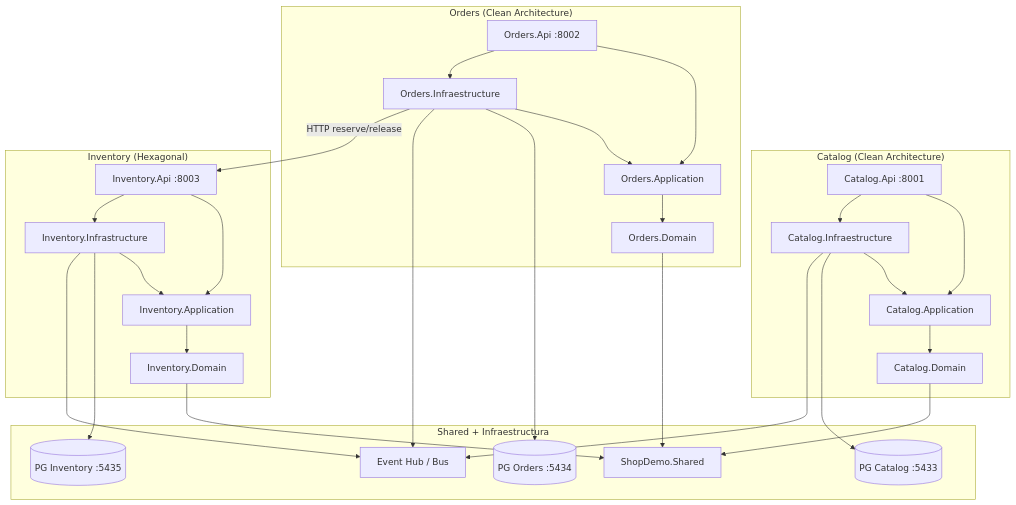
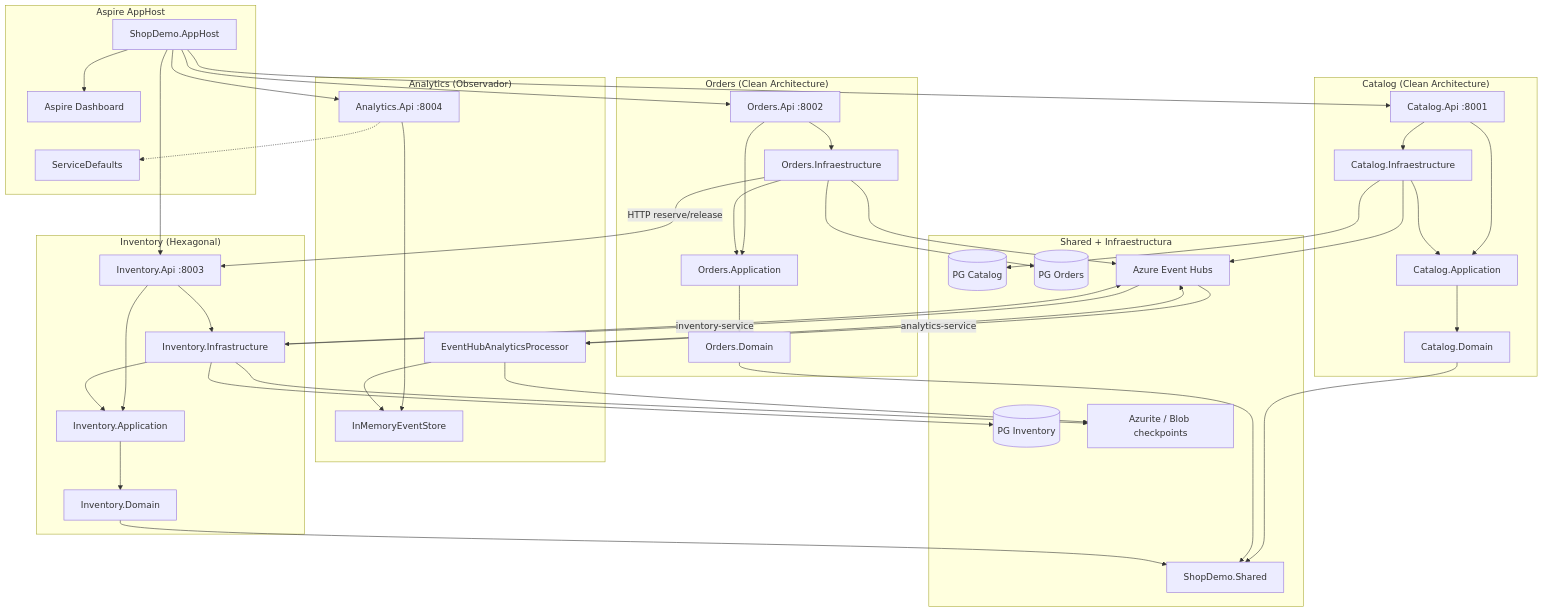
The third of 3 diagrams in docs/ARQUITECTURA.md (winbugsmx/ShopDemo), drawn with Mermaid before and after one commit. The commit also changed other lines of this file and 19 other files, not shown here.

````diff
--- a/docs/ARQUITECTURA.md
+++ b/docs/ARQUITECTURA.md
@@ -244,43 +326,64 @@
 ```mermaid
 graph TB
+    subgraph "Aspire AppHost"
+        AH[ShopDemo.AppHost]
+        SD[ServiceDefaults]
+        DASH[Aspire Dashboard]
+        AH --> DASH
+    end
+
     subgraph "Catalog (Clean Architecture)"
         CA[Catalog.Api :8001]
         CApp[Catalog.Application]
         CD[Catalog.Domain]
         CI[Catalog.Infraestructure]
         CA --> CApp & CI
         CI --> CApp --> CD
     end
 
     subgraph "Orders (Clean Architecture)"
         OA[Orders.Api :8002]
         OApp[Orders.Application]
         OD[Orders.Domain]
         OI[Orders.Infraestructure]
         OA --> OApp & OI
         OI --> OApp --> OD
     end
 
     subgraph "Inventory (Hexagonal)"
         IA[Inventory.Api :8003]
         IApp[Inventory.Application]
         ID[Inventory.Domain]
         II[Inventory.Infrastructure]
         IA --> IApp & II
         II --> IApp --> ID
     end
 
+    subgraph "Analytics (Observador)"
+        AA[Analytics.Api :8004]
+        AP[EventHubAnalyticsProcessor]
+        AS[InMemoryEventStore]
+        AA --> AS
+        AP --> AS
+        AA -.-> SD
+    end
+
     subgraph "Shared + Infraestructura"
         SK[ShopDemo.Shared]
-        PG1[(PG Catalog :5433)]
-        PG2[(PG Orders :5434)]
-        PG3[(PG Inventory :5435)]
-        EH[Event Hub / Bus]
+        PG1[(PG Catalog)]
+        PG2[(PG Orders)]
+        PG3[(PG Inventory)]
+        EH[Azure Event Hubs]
+        AZ[Azurite / Blob checkpoints]
     end
 
+    AH --> CA & OA & IA & AA
     CD & OD & ID --> SK
     CI --> PG1 & EH
     OI --> PG2 & EH
     OI -->|HTTP reserve/release| IA
-    II --> PG3 & EH
+    II --> PG3 & EH & AZ
+    AP --> EH & AZ
+    EH -->|inventory-service| II
+    EH -->|analytics-service| AP
 ```
````
